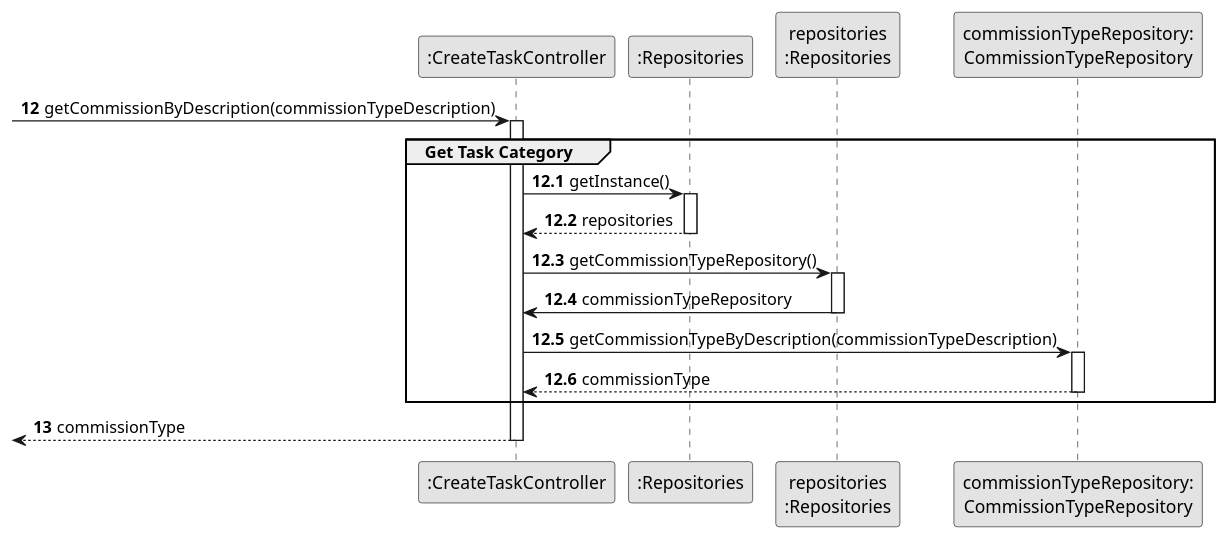
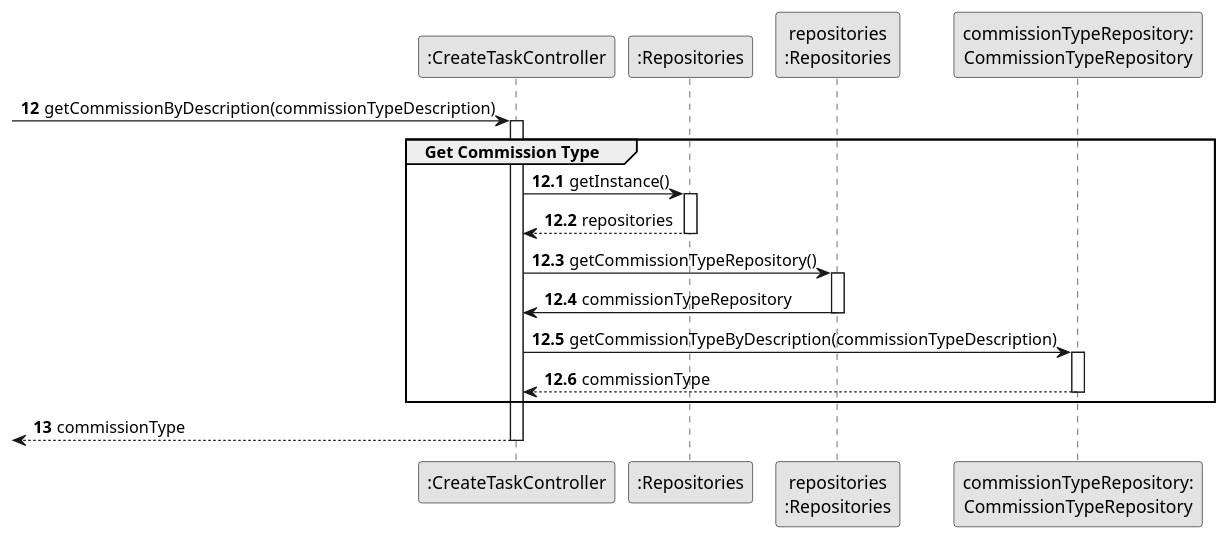
Before and after one commit to rita-barbosa/LAPR2-2223: the diagram in docs/sprintB/us002/03.design/puml/us002-sequence-diagram-partial-get-commission-type.puml, drawn with PlantUML. The commit also changed 7 other files, not shown here.

Commit message:
Update of sequence diagram [US002][Design]

```diff
--- a/docs/sprintB/us002/03.design/puml/us002-sequence-diagram-partial-get-commission-type.puml
+++ b/docs/sprintB/us002/03.design/puml/us002-sequence-diagram-partial-get-commission-type.puml
@@ -1,44 +1,44 @@
 @startuml
 skinparam monochrome true
 skinparam packageStyle rectangle
 skinparam shadowing false
 
 participant ":CreateTaskController" as CTRL
 participant ":Repositories" as RepositorySingleton
 participant "repositories\n:Repositories" as PLAT
 participant "commissionTypeRepository:\nCommissionTypeRepository" as CommissionTypeRepository
 
 autonumber 12
 -> CTRL : getCommissionByDescription(commissionTypeDescription)
 
 autonumber 12.1
 
 activate CTRL
-    group Get Task Category
+    group Get Commission Type
         CTRL -> RepositorySingleton : getInstance()
         activate RepositorySingleton
 
             RepositorySingleton --> CTRL: repositories
         deactivate RepositorySingleton
 
         CTRL -> PLAT : getCommissionTypeRepository()
         activate PLAT
 
             PLAT -> CTRL : commissionTypeRepository
         deactivate PLAT
 
         CTRL -> CommissionTypeRepository : getCommissionTypeByDescription(commissionTypeDescription)
         activate CommissionTypeRepository
 
             CommissionTypeRepository --> CTRL : commissionType
         deactivate CommissionTypeRepository
 
     end group
 
     autonumber 13
     <-- CTRL : commissionType
 
 deactivate CTRL
 
 
 @enduml
```
